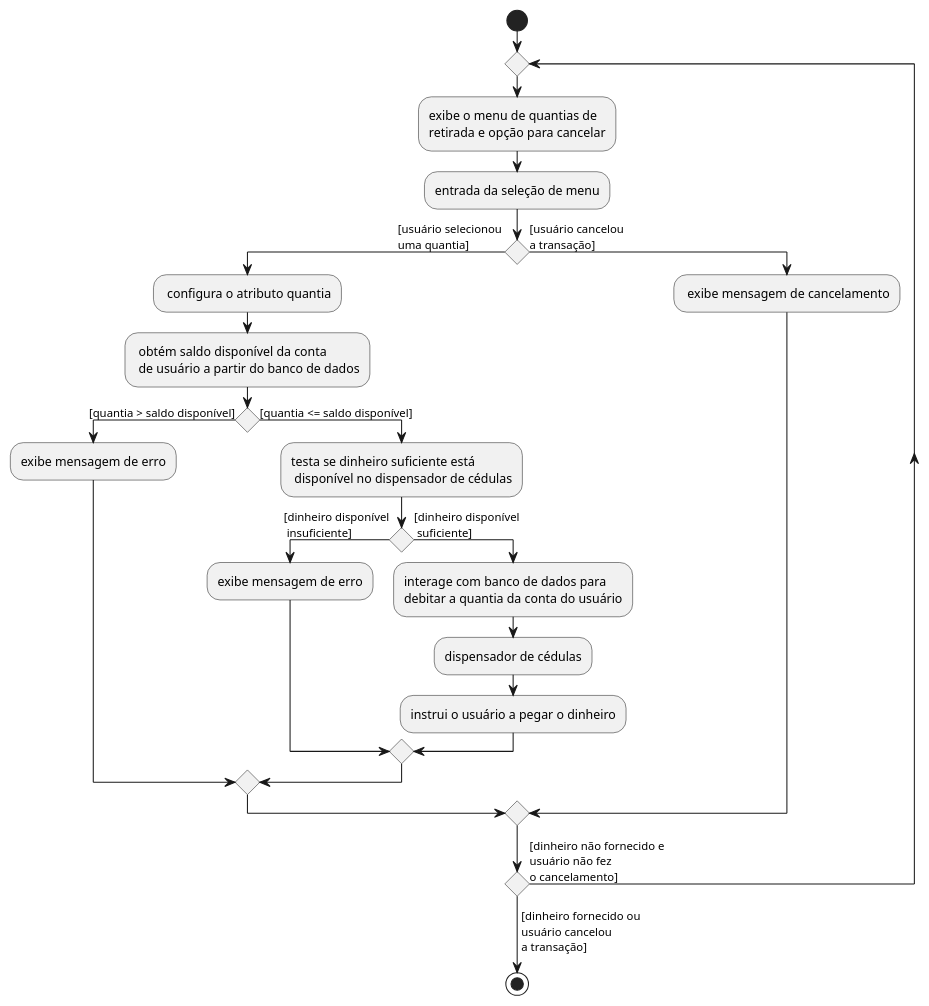
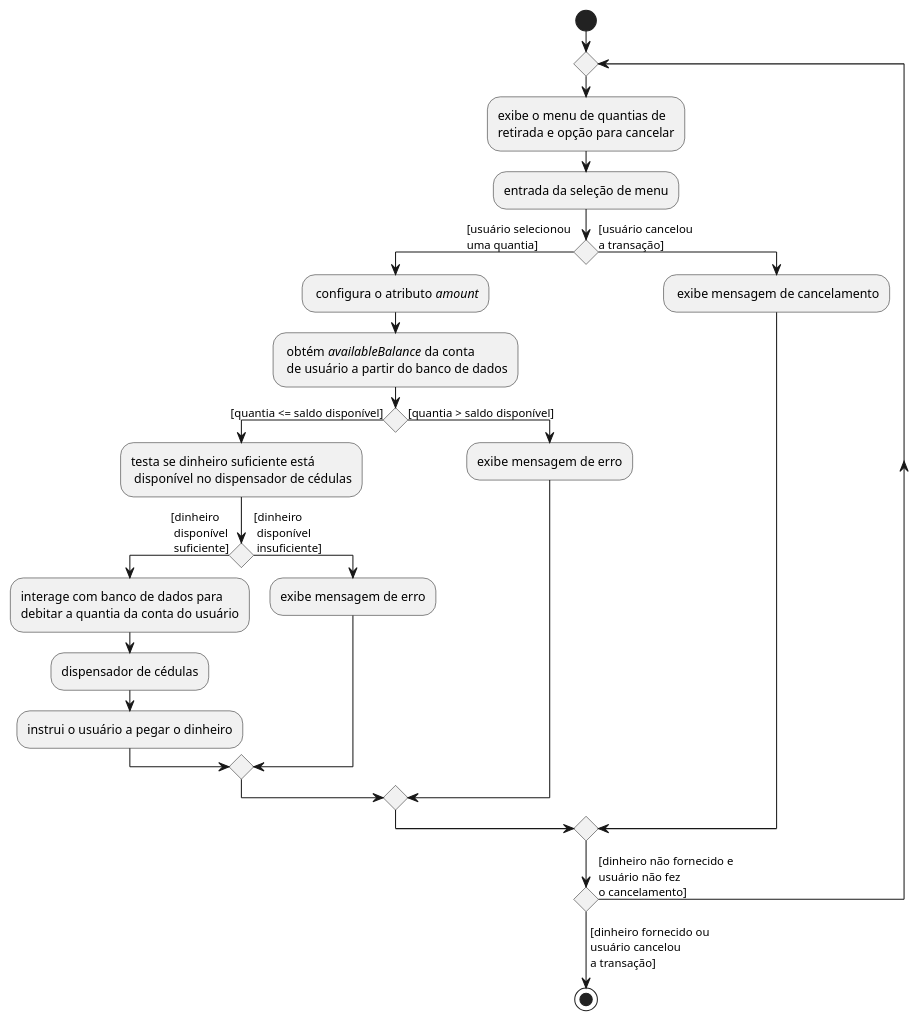
The diagram in c++/Deitel/atm/umlActivityWithdrawal.puml (marcuswlima/learning), drawn with PlantUML before and after one commit. The commit also changed 2 other files, not shown here.

```diff
--- a/c++/Deitel/atm/umlActivityWithdrawal.puml
+++ b/c++/Deitel/atm/umlActivityWithdrawal.puml
@@ -1,27 +1,31 @@
 @startuml
 start
 repeat
     :exibe o menu de quantias de \nretirada e opção para cancelar;
     :entrada da seleção de menu;
     if () then ([usuário selecionou \numa quantia])
-        : configura o atributo quantia;
-        : obtém saldo disponível da conta\n de usuário a partir do banco de dados;
-        if () then ([quantia > saldo disponível])
-            :exibe mensagem de erro; 
-        else ([quantia <= saldo disponível])
+        : configura o atributo //amount//;
+        : obtém //availableBalance// da conta\n de usuário a partir do banco de dados;
+        if () then ([quantia <= saldo disponível])
             :testa se dinheiro suficiente está\n disponível no dispensador de cédulas;
-            if () then ([dinheiro disponível\n insuficiente])
-                :exibe mensagem de erro;
-            else ([dinheiro disponível\n suficiente])
+            if () then ([dinheiro\n disponível\n suficiente])
+
                 :interage com banco de dados para \ndebitar a quantia da conta do usuário;
                 :dispensador de cédulas;
                 :instrui o usuário a pegar o dinheiro;
+
+            else ([dinheiro\n disponível\n insuficiente])
+
+                :exibe mensagem de erro;
+
             endif
+        else ([quantia > saldo disponível])
+            :exibe mensagem de erro; 
         endif
     else ([usuário cancelou \na transação])
         : exibe mensagem de cancelamento;
     endif
 repeat while () is ([dinheiro não fornecido e \nusuário não fez \no cancelamento])
 -> [dinheiro fornecido ou \nusuário cancelou \na transação];
 stop;
 @enduml
```
